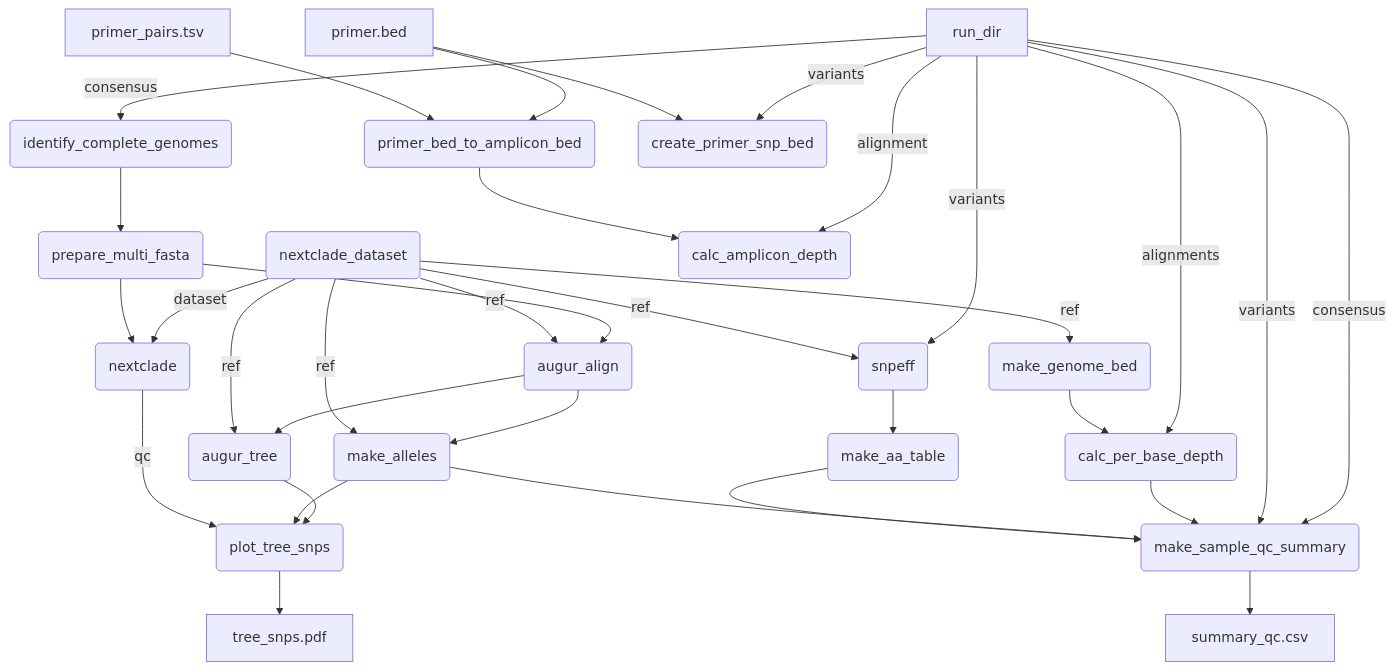
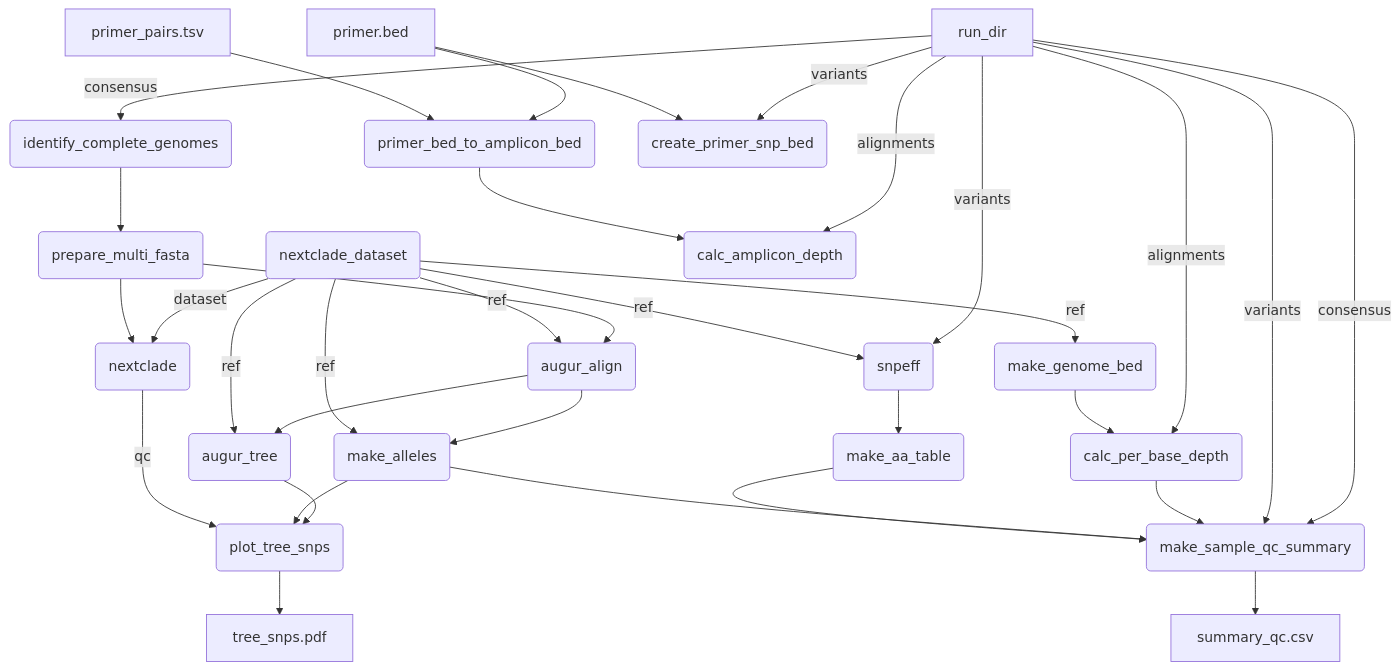
Before and after one commit to BCCDC-PHL/mpxv-qc: the diagram in README.md, drawn with Mermaid.

````diff
--- a/README.md
+++ b/README.md
@@ -6,40 +6,40 @@
 ```mermaid
 flowchart TD
 run_dir[run_dir]
 primer_bed[primer.bed]
 primer_pairs[primer_pairs.tsv]
 run_dir -- consensus --> identify_complete_genomes(identify_complete_genomes)
 identify_complete_genomes --> prepare_multi_fasta(prepare_multi_fasta)
 nextclade_dataset(nextclade_dataset)
 nextclade_dataset -- dataset --> nextclade(nextclade)
 prepare_multi_fasta --> nextclade
 prepare_multi_fasta --> augur_align(augur_align)
 nextclade_dataset -- ref --> augur_align
 augur_align --> augur_tree(augur_tree)
 nextclade_dataset -- ref --> augur_tree
 augur_align --> make_alleles(make_alleles)
 nextclade_dataset -- ref --> make_alleles
 augur_tree --> plot_tree_snps(plot_tree_snps)
 make_alleles --> plot_tree_snps
 nextclade -- qc --> plot_tree_snps
 plot_tree_snps --> tree_snps.pdf
 run_dir -- variants --> snpeff(snpeff)
 nextclade_dataset -- ref --> snpeff
 snpeff --> make_aa_table(make_aa_table)
 primer_bed --> primer_bed_to_amplicon_bed(primer_bed_to_amplicon_bed)
 primer_pairs --> primer_bed_to_amplicon_bed
-run_dir -- alignment --> calc_amplicon_depth(calc_amplicon_depth)
+run_dir -- alignments --> calc_amplicon_depth(calc_amplicon_depth)
 primer_bed_to_amplicon_bed --> calc_amplicon_depth
 run_dir -- variants --> create_primer_snp_bed(create_primer_snp_bed)
 primer_bed --> create_primer_snp_bed
 nextclade_dataset -- ref --> make_genome_bed(make_genome_bed)
 run_dir -- alignments --> calc_per_base_depth(calc_per_base_depth)
 make_genome_bed --> calc_per_base_depth
 make_sample_qc_summary(make_sample_qc_summary)
 run_dir -- consensus --> make_sample_qc_summary
 run_dir -- variants --> make_sample_qc_summary
 calc_per_base_depth --> make_sample_qc_summary
 make_alleles --> make_sample_qc_summary
 make_aa_table --> make_sample_qc_summary
 make_sample_qc_summary --> summary_qc.csv
 ```
````
